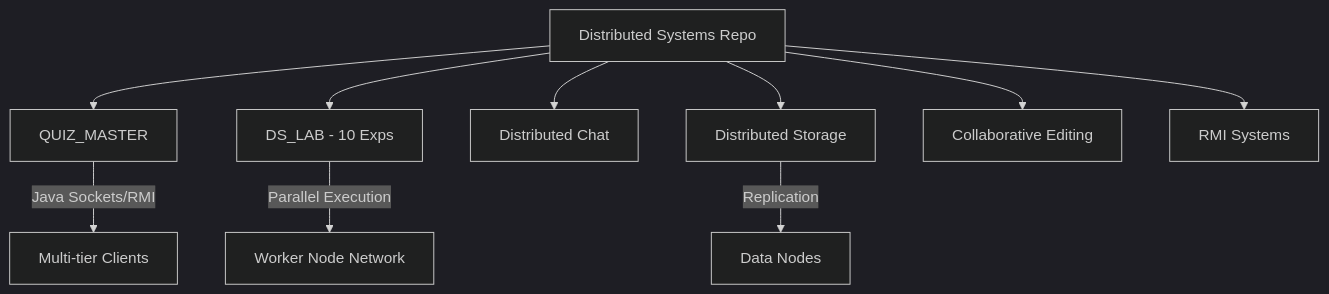
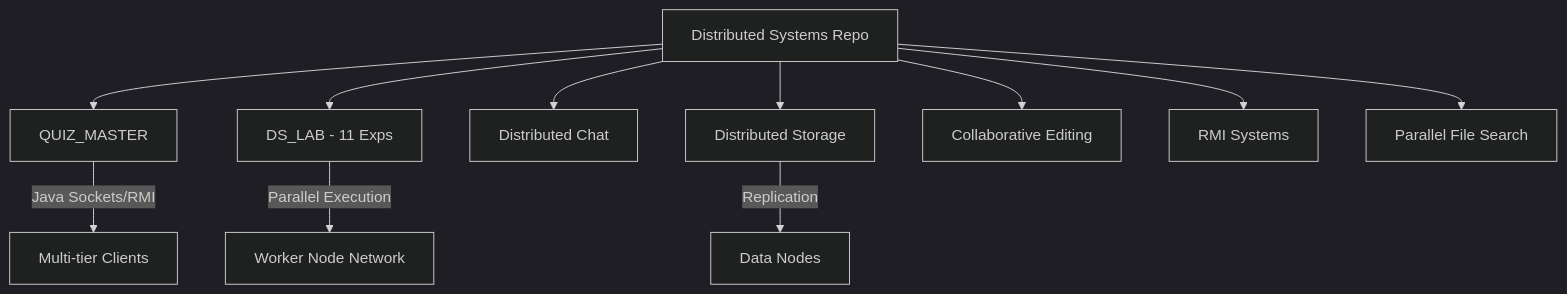
One commit to widgetwalker/Distributed_Storage changed the diagram in README.md. Above: the diagram before and after it, drawn with Mermaid (dark theme). The commit also changed other lines of this file and 3 other files, not shown here.

Commit message:
Add Experiment 22: Parallel File Search (Master/Worker) with specific variable constraints.

````diff
--- a/README.md
+++ b/README.md
@@ -51,13 +52,14 @@
 ```mermaid
 graph TD
     Root[Distributed Systems Repo] --> JavaApp[QUIZ_MASTER]
-    Root --> Lab[DS_LAB - 10 Exps]
+    Root --> Lab[DS_LAB - 11 Exps]
     Root --> Chat[Distributed Chat]
     Root --> Storage[Distributed Storage]
     Root --> Editor[Collaborative Editing]
     Root --> RMI[RMI Systems]
+    Root --> Search[Parallel File Search]
 
     JavaApp -- "Java Sockets/RMI" --> JClients[Multi-tier Clients]
     Lab -- "Parallel Execution" --> Workers[Worker Node Network]
     Storage -- "Replication" --> Replica[Data Nodes]
 ```
````
